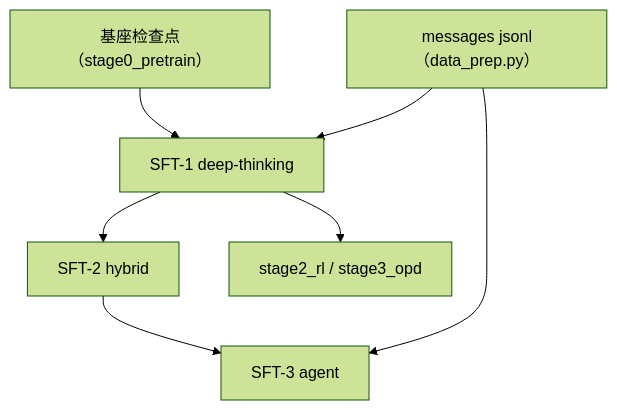
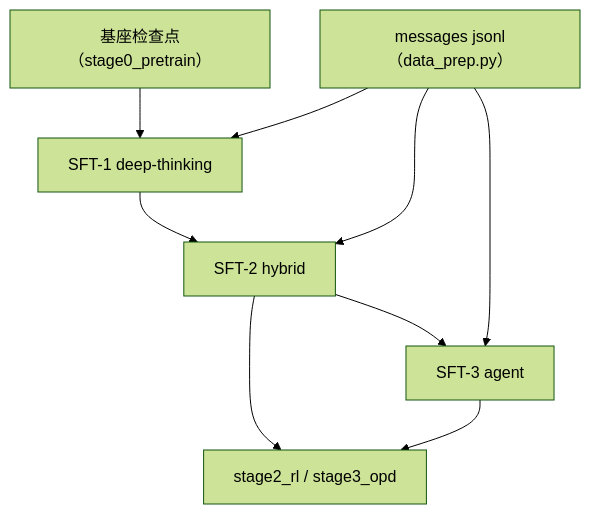
One commit to zongzhilou/shensi changed the diagram in src/shensi/recipes/paper/looma/stage1_sft/README.md. Above: the diagram before and after it, drawn with Mermaid (forest theme). The commit also changed other lines of this file and 85 other files, not shown here.

````diff
--- a/src/shensi/recipes/paper/looma/stage1_sft/README.md
+++ b/src/shensi/recipes/paper/looma/stage1_sft/README.md
@@ -85,7 +87,9 @@
 ```mermaid
 flowchart TB
     base["基座检查点（stage0_pretrain）"] --> sft1["SFT-1 deep-thinking"] --> sft2["SFT-2 hybrid"] --> sft3["SFT-3 agent"]
     data["messages jsonl（data_prep.py）"] --> sft1
+    data --> sft2
     data --> sft3
-    sft1 --> next["stage2_rl / stage3_opd"]
+    sft2 --> next["stage2_rl / stage3_opd"]
+    sft3 --> next
 ```
````
